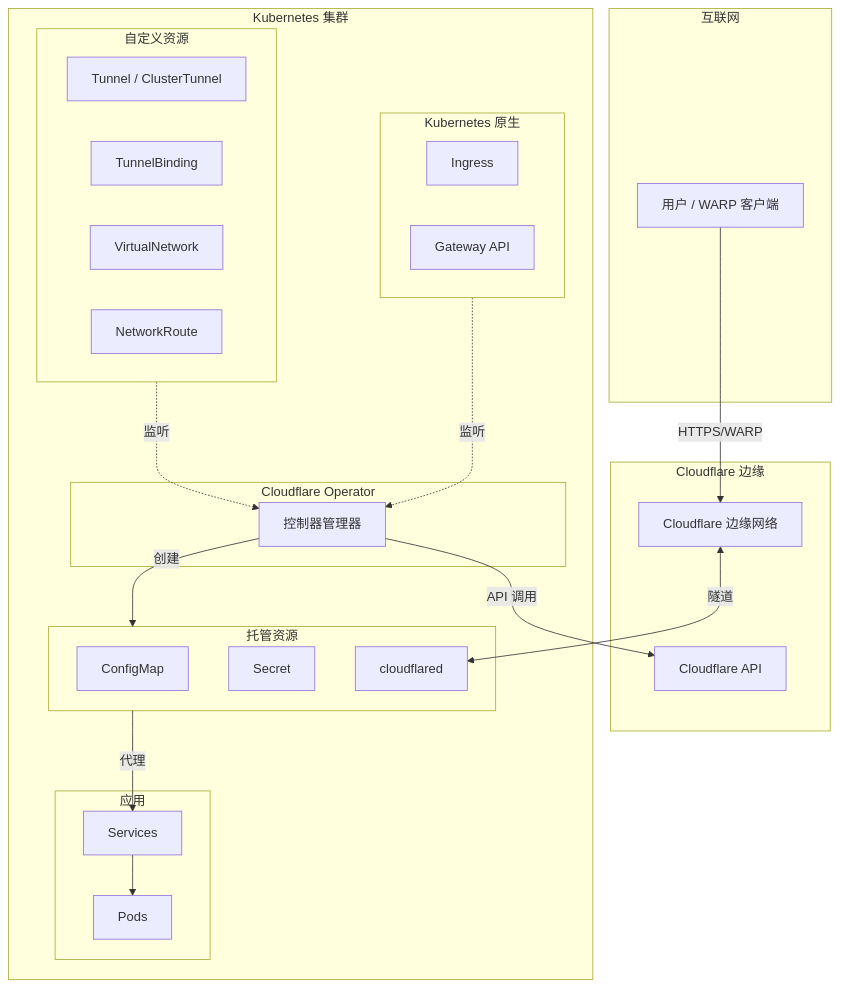
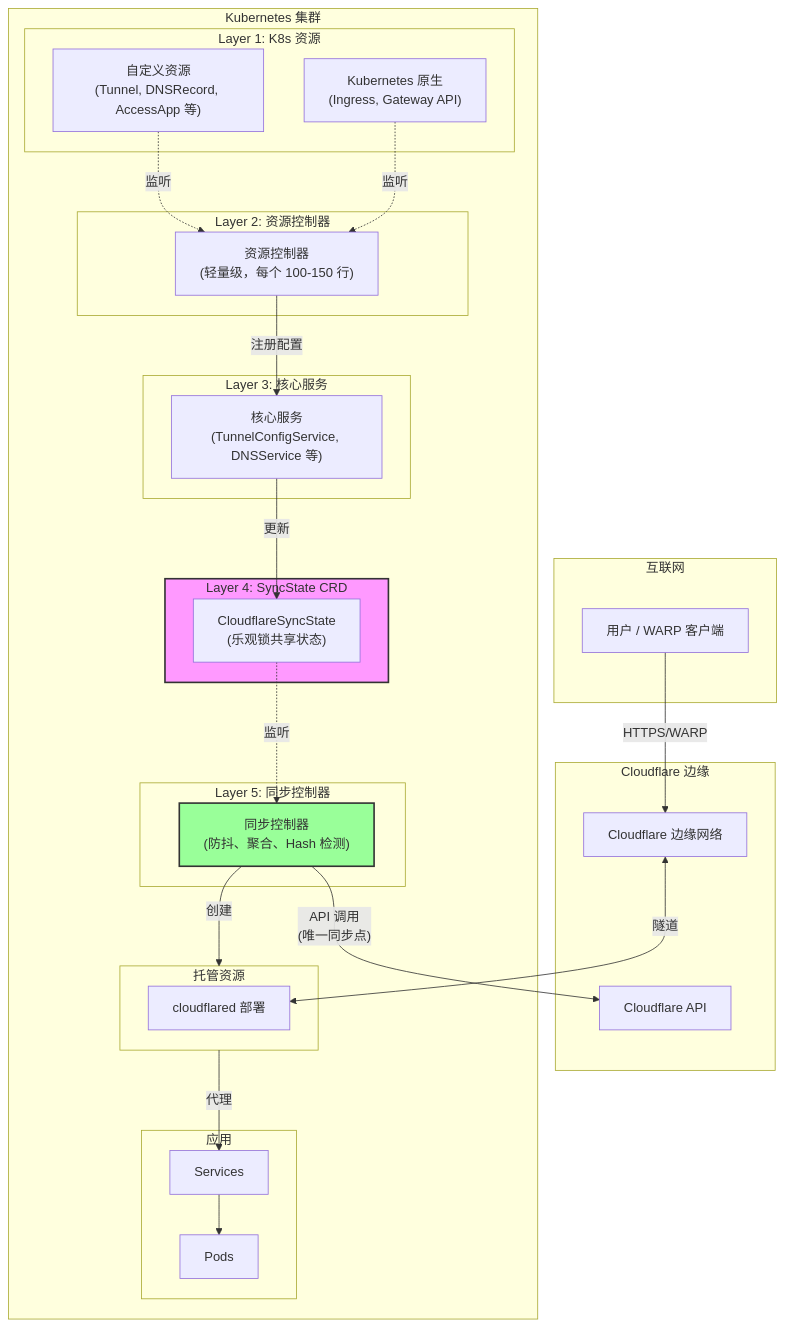
One commit to StringKe/cloudflare-operator changed the diagram in README_zh.md. Above: the diagram before and after it, drawn with Mermaid. The commit also changed other lines of this file and 11 other files, not shown here.

````diff
--- a/README_zh.md
+++ b/README_zh.md
@@ -64,49 +66,58 @@
 ```mermaid
 flowchart TB
     subgraph Internet["互联网"]
         Users["用户 / WARP 客户端"]
     end
 
     subgraph Cloudflare["Cloudflare 边缘"]
         Edge["Cloudflare 边缘网络"]
         API["Cloudflare API"]
     end
 
     subgraph K8s["Kubernetes 集群"]
-        subgraph CRDs["自定义资源"]
-            Tunnel["Tunnel / ClusterTunnel"]
-            TB["TunnelBinding"]
-            VNet["VirtualNetwork"]
-            Route["NetworkRoute"]
+        subgraph Layer1["Layer 1: K8s 资源"]
+            CRDs["自定义资源<br/>(Tunnel, DNSRecord, AccessApp 等)"]
+            K8sNative["Kubernetes 原生<br/>(Ingress, Gateway API)"]
         end
 
-        subgraph K8sNative["Kubernetes 原生"]
-            Ingress["Ingress"]
-            Gateway["Gateway API"]
+        subgraph Layer2["Layer 2: 资源控制器"]
+            RC["资源控制器<br/>(轻量级，每个 100-150 行)"]
         end
 
-        subgraph Operator["Cloudflare Operator"]
-            Controller["控制器管理器"]
+        subgraph Layer3["Layer 3: 核心服务"]
+            SVC["核心服务<br/>(TunnelConfigService, DNSService 等)"]
+        end
+
+        subgraph Layer4["Layer 4: SyncState CRD"]
+            SyncState["CloudflareSyncState<br/>(乐观锁共享状态)"]
+        end
+
+        subgraph Layer5["Layer 5: 同步控制器"]
+            SC["同步控制器<br/>(防抖、聚合、Hash 检测)"]
         end
 
         subgraph Managed["托管资源"]
-            ConfigMap["ConfigMap"]
-            Secret["Secret"]
-            Deployment["cloudflared"]
+            Deployment["cloudflared 部署"]
         end
 
         subgraph App["应用"]
             Service["Services"]
             Pod["Pods"]
         end
     end
 
-    CRDs -.->|监听| Controller
-    K8sNative -.->|监听| Controller
-    Controller -->|创建| Managed
-    Controller -->|API 调用| API
+    CRDs -.->|监听| RC
+    K8sNative -.->|监听| RC
+    RC -->|注册配置| SVC
+    SVC -->|更新| SyncState
+    SyncState -.->|监听| SC
+    SC -->|"API 调用<br/>(唯一同步点)"| API
+    SC -->|创建| Managed
     Managed -->|代理| Service
     Service --> Pod
     Users -->|HTTPS/WARP| Edge
     Edge <-->|隧道| Deployment
+
+    style Layer4 fill:#f9f,stroke:#333,stroke-width:2px
+    style SC fill:#9f9,stroke:#333,stroke-width:2px
 ```
````
